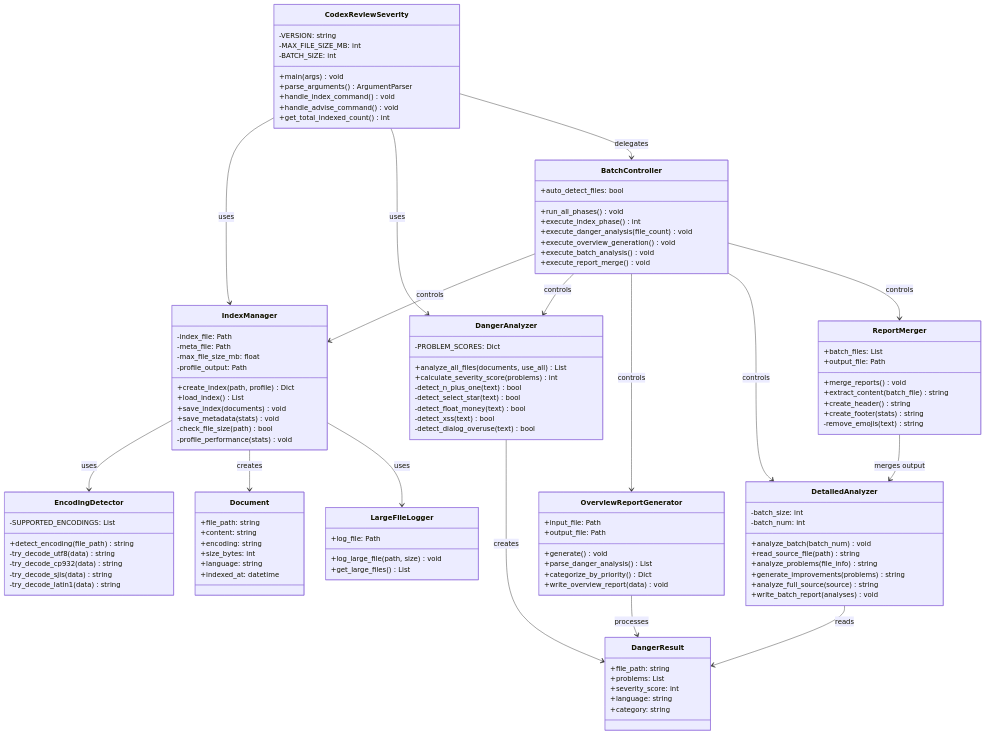
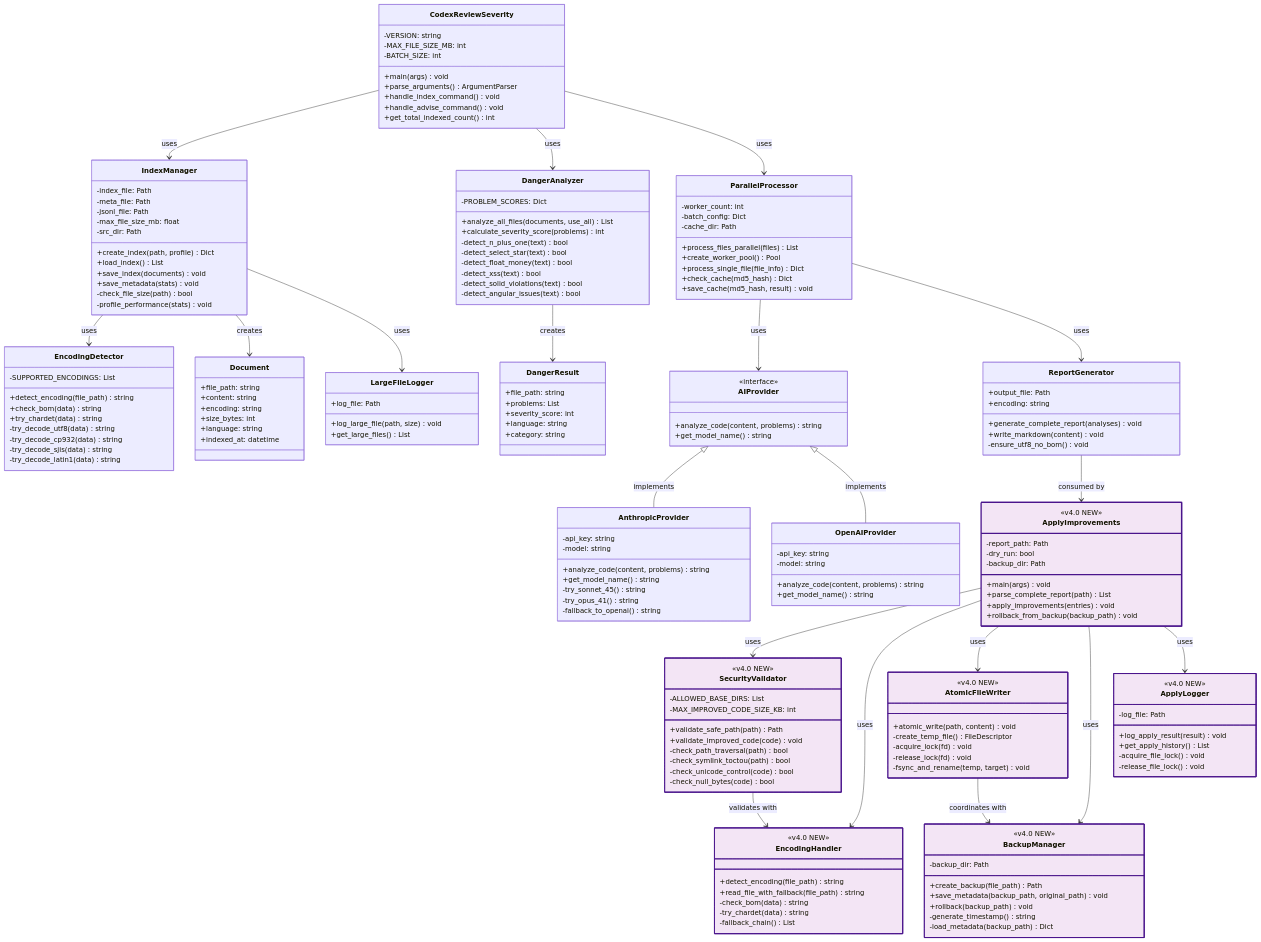
One commit to KEIEI-NET/BugSearch2 changed the diagram in doc/class-diagram.mmd. Above: the diagram before and after it, drawn with Mermaid. The commit also changed 3 other files, not shown here.

First line of the commit message:
docs: Update Mermaid diagrams to v4.0.0

```diff
--- a/doc/class-diagram.mmd
+++ b/doc/class-diagram.mmd
@@ -1,4 +1,6 @@
 classDiagram
+    %% コードレビューシステム クラス図 v4.0.0
+
     class CodexReviewSeverity {
         -VERSION: string
         -MAX_FILE_SIZE_MB: int
@@ -13,8 +15,9 @@
     class IndexManager {
         -index_file: Path
         -meta_file: Path
+        -jsonl_file: Path
         -max_file_size_mb: float
-        -profile_output: Path
+        -src_dir: Path
         +create_index(path, profile) Dict
         +load_index() List
         +save_index(documents) void
@@ -26,6 +29,8 @@
     class EncodingDetector {
         -SUPPORTED_ENCODINGS: List
         +detect_encoding(file_path) string
+        +check_bom(data) string
+        +try_chardet(data) string
         -try_decode_utf8(data) string
         -try_decode_cp932(data) string
         -try_decode_sjis(data) string
@@ -49,7 +54,8 @@
         -detect_select_star(text) bool
         -detect_float_money(text) bool
         -detect_xss(text) bool
-        -detect_dialog_overuse(text) bool
+        -detect_solid_violations(text) bool
+        -detect_angular_issues(text) bool
     }
 
     class DangerResult {
@@ -60,44 +66,106 @@
         +category: string
     }
 
-    class OverviewReportGenerator {
-        +input_file: Path
-        +output_file: Path
-        +generate() void
-        +parse_danger_analysis() List
-        +categorize_by_priority() Dict
-        +write_overview_report(data) void
+    class ParallelProcessor {
+        -worker_count: int
+        -batch_config: Dict
+        -cache_dir: Path
+        +process_files_parallel(files) List
+        +create_worker_pool() Pool
+        +process_single_file(file_info) Dict
+        +check_cache(md5_hash) Dict
+        +save_cache(md5_hash, result) void
     }
 
-    class DetailedAnalyzer {
-        -batch_size: int
-        -batch_num: int
-        +analyze_batch(batch_num) void
-        +read_source_file(path) string
-        +analyze_problems(file_info) string
-        +generate_improvements(problems) string
-        +analyze_full_source(source) string
-        +write_batch_report(analyses) void
+    class AIProvider {
+        <<interface>>
+        +analyze_code(content, problems) string
+        +get_model_name() string
     }
 
-    class ReportMerger {
-        +batch_files: List
-        +output_file: Path
-        +merge_reports() void
-        +extract_content(batch_file) string
-        +create_header() string
-        +create_footer(stats) string
-        -remove_emojis(text) string
+    class AnthropicProvider {
+        -api_key: string
+        -model: string
+        +analyze_code(content, problems) string
+        +get_model_name() string
+        -try_sonnet_45() string
+        -try_opus_41() string
+        -fallback_to_openai() string
     }
 
-    class BatchController {
-        +auto_detect_files: bool
-        +run_all_phases() void
-        +execute_index_phase() int
-        +execute_danger_analysis(file_count) void
-        +execute_overview_generation() void
-        +execute_batch_analysis() void
-        +execute_report_merge() void
+    class OpenAIProvider {
+        -api_key: string
+        -model: string
+        +analyze_code(content, problems) string
+        +get_model_name() string
+    }
+
+    class ReportGenerator {
+        +output_file: Path
+        +encoding: string
+        +generate_complete_report(analyses) void
+        +write_markdown(content) void
+        -ensure_utf8_no_bom() void
+    }
+
+    class ApplyImprovements {
+        <<v4.0 NEW>>
+        -report_path: Path
+        -dry_run: bool
+        -backup_dir: Path
+        +main(args) void
+        +parse_complete_report(path) List
+        +apply_improvements(entries) void
+        +rollback_from_backup(backup_path) void
+    }
+
+    class SecurityValidator {
+        <<v4.0 NEW>>
+        -ALLOWED_BASE_DIRS: List
+        -MAX_IMPROVED_CODE_SIZE_KB: int
+        +validate_safe_path(path) Path
+        +validate_improved_code(code) void
+        -check_path_traversal(path) bool
+        -check_symlink_toctou(path) bool
+        -check_unicode_control(code) bool
+        -check_null_bytes(code) bool
+    }
+
+    class EncodingHandler {
+        <<v4.0 NEW>>
+        +detect_encoding(file_path) string
+        +read_file_with_fallback(file_path) string
+        -check_bom(data) string
+        -try_chardet(data) string
+        -fallback_chain() List
+    }
+
+    class AtomicFileWriter {
+        <<v4.0 NEW>>
+        +atomic_write(path, content) void
+        -create_temp_file() FileDescriptor
+        -acquire_lock(fd) void
+        -release_lock(fd) void
+        -fsync_and_rename(temp, target) void
+    }
+
+    class BackupManager {
+        <<v4.0 NEW>>
+        -backup_dir: Path
+        +create_backup(file_path) Path
+        +save_metadata(backup_path, original_path) void
+        +rollback(backup_path) void
+        -generate_timestamp() string
+        -load_metadata(backup_path) Dict
+    }
+
+    class ApplyLogger {
+        <<v4.0 NEW>>
+        -log_file: Path
+        +log_apply_result(result) void
+        +get_apply_history() List
+        -acquire_file_lock() void
+        -release_file_lock() void
     }
 
     class LargeFileLogger {
@@ -106,15 +174,10 @@
         +get_large_files() List
     }
 
+    %% 関係性
     CodexReviewSeverity --> IndexManager : uses
     CodexReviewSeverity --> DangerAnalyzer : uses
-    CodexReviewSeverity --> BatchController : delegates
-
-    BatchController --> IndexManager : controls
-    BatchController --> DangerAnalyzer : controls
-    BatchController --> OverviewReportGenerator : controls
-    BatchController --> DetailedAnalyzer : controls
-    BatchController --> ReportMerger : controls
+    CodexReviewSeverity --> ParallelProcessor : uses
 
     IndexManager --> EncodingDetector : uses
     IndexManager --> Document : creates
@@ -122,8 +185,28 @@
 
     DangerAnalyzer --> DangerResult : creates
 
-    OverviewReportGenerator --> DangerResult : processes
+    ParallelProcessor --> AIProvider : uses
+    ParallelProcessor --> ReportGenerator : uses
 
-    DetailedAnalyzer --> DangerResult : reads
+    AIProvider <|-- AnthropicProvider : implements
+    AIProvider <|-- OpenAIProvider : implements
 
-    ReportMerger --> DetailedAnalyzer : merges output
+    %% v4.0 新機能の関係性
+    ApplyImprovements --> SecurityValidator : uses
+    ApplyImprovements --> EncodingHandler : uses
+    ApplyImprovements --> AtomicFileWriter : uses
+    ApplyImprovements --> BackupManager : uses
+    ApplyImprovements --> ApplyLogger : uses
+
+    SecurityValidator --> EncodingHandler : validates with
+    AtomicFileWriter --> BackupManager : coordinates with
+
+    ReportGenerator --> ApplyImprovements : consumed by
+
+    %% スタイル定義
+    style ApplyImprovements fill:#f3e5f5,stroke:#4a148c,stroke-width:3px
+    style SecurityValidator fill:#f3e5f5,stroke:#4a148c,stroke-width:2px
+    style EncodingHandler fill:#f3e5f5,stroke:#4a148c,stroke-width:2px
+    style AtomicFileWriter fill:#f3e5f5,stroke:#4a148c,stroke-width:2px
+    style BackupManager fill:#f3e5f5,stroke:#4a148c,stroke-width:2px
+    style ApplyLogger fill:#f3e5f5,stroke:#4a148c,stroke-width:2px
```
